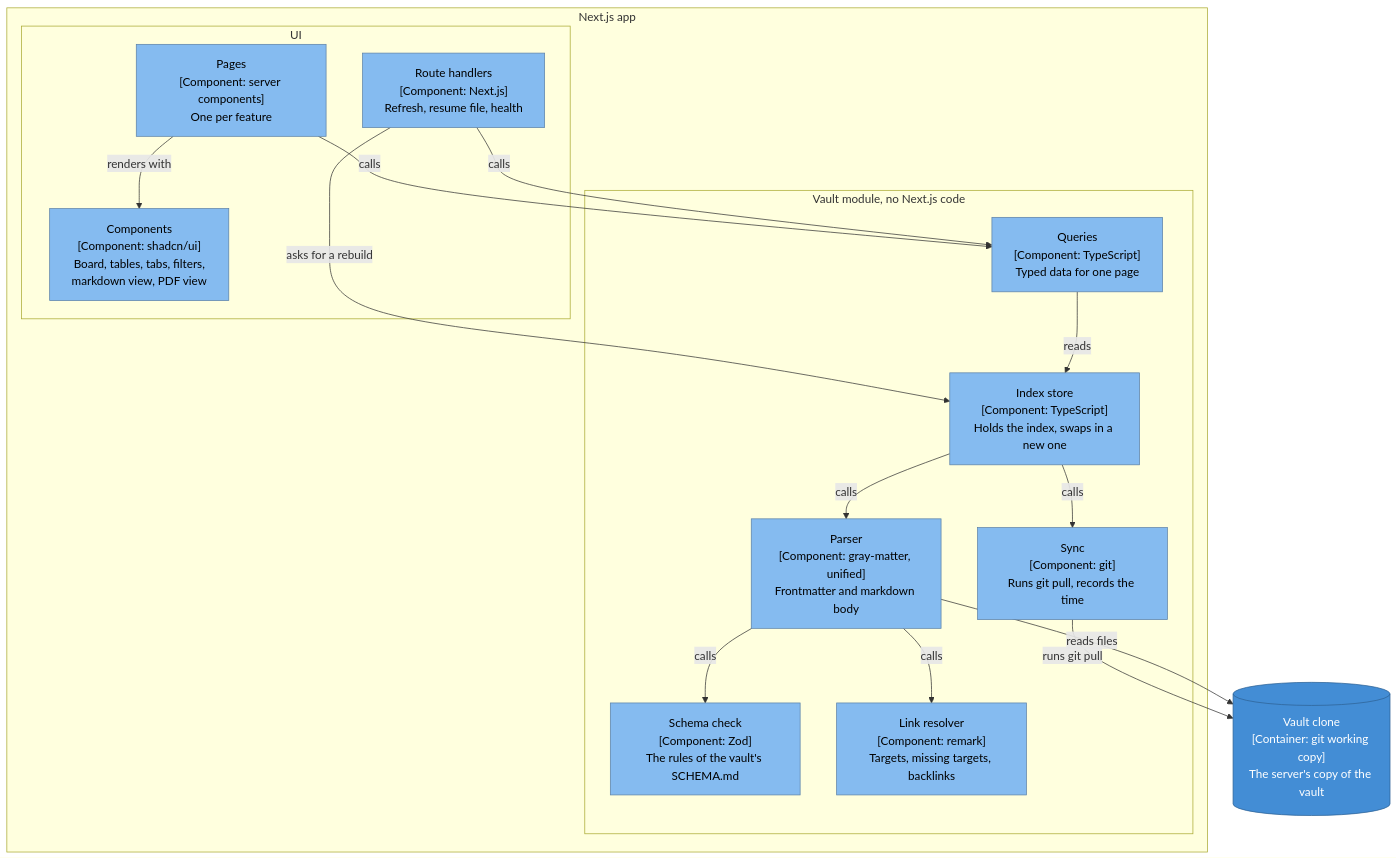
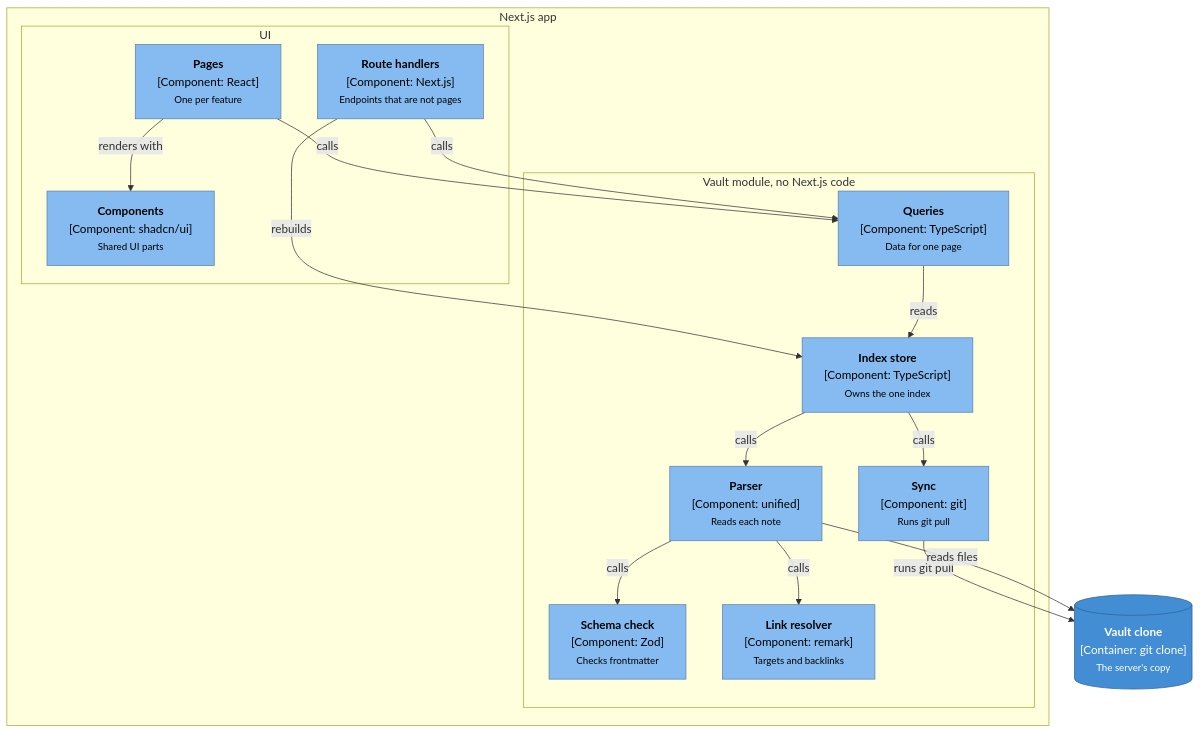
The first of 4 diagrams in docs/architecture/components.md (lyeyixian/job-search-app), drawn with Mermaid before and after one commit. The commit also changed 4 other files, not shown here.

First line of the commit message:
Shorten diagram labels and set line limits in the templates

````diff
--- a/docs/architecture/components.md
+++ b/docs/architecture/components.md
@@ -9,39 +9,39 @@
 ```mermaid
 flowchart TB
     subgraph next["Next.js app"]
         subgraph ui["UI"]
-            pages["Pages<br/>[Component: server components]<br/>One per feature"]:::component
-            comps["Components<br/>[Component: shadcn/ui]<br/>Board, tables, tabs, filters,<br/>markdown view, PDF view"]:::component
-            routes["Route handlers<br/>[Component: Next.js]<br/>Refresh, resume file, health"]:::component
+            pages["<b>Pages</b><br/>[Component: React]<br/><small>One per feature</small>"]:::component
+            comps["<b>Components</b><br/>[Component: shadcn/ui]<br/><small>Shared UI parts</small>"]:::component
+            routes["<b>Route handlers</b><br/>[Component: Next.js]<br/><small>Endpoints that are not pages</small>"]:::component
         end
         subgraph vaultmod["Vault module, no Next.js code"]
-            queries["Queries<br/>[Component: TypeScript]<br/>Typed data for one page"]:::component
-            store["Index store<br/>[Component: TypeScript]<br/>Holds the index, swaps in a new one"]:::component
-            sync["Sync<br/>[Component: git]<br/>Runs git pull, records the time"]:::component
-            parser["Parser<br/>[Component: gray-matter, unified]<br/>Frontmatter and markdown body"]:::component
-            schema["Schema check<br/>[Component: Zod]<br/>The rules of the vault's SCHEMA.md"]:::component
-            links["Link resolver<br/>[Component: remark]<br/>Targets, missing targets, backlinks"]:::component
+            queries["<b>Queries</b><br/>[Component: TypeScript]<br/><small>Data for one page</small>"]:::component
+            store["<b>Index store</b><br/>[Component: TypeScript]<br/><small>Owns the one index</small>"]:::component
+            sync["<b>Sync</b><br/>[Component: git]<br/><small>Runs git pull</small>"]:::component
+            parser["<b>Parser</b><br/>[Component: unified]<br/><small>Reads each note</small>"]:::component
+            schema["<b>Schema check</b><br/>[Component: Zod]<br/><small>Checks frontmatter</small>"]:::component
+            links["<b>Link resolver</b><br/>[Component: remark]<br/><small>Targets and backlinks</small>"]:::component
         end
     end
 
-    clone[("Vault clone<br/>[Container: git working copy]<br/>The server's copy of the vault")]:::store
+    clone[("<b>Vault clone</b><br/>[Container: git clone]<br/><small>The server's copy</small>")]:::store
 
     pages -- "renders with" --> comps
     pages -- "calls" --> queries
     routes -- "calls" --> queries
-    routes -- "asks for a rebuild" --> store
+    routes -- "rebuilds" --> store
     queries -- "reads" --> store
     store -- "calls" --> sync
     store -- "calls" --> parser
     parser -- "calls" --> schema
     parser -- "calls" --> links
     sync -- "runs git pull" --> clone
     parser -- "reads files" --> clone
 
     classDef person fill:#08427b,stroke:#052e56,color:#ffffff
     classDef system fill:#1168bd,stroke:#0b4884,color:#ffffff
     classDef container fill:#438dd5,stroke:#2e6295,color:#ffffff
     classDef component fill:#85bbf0,stroke:#5d82a8,color:#000000
     classDef store fill:#438dd5,stroke:#2e6295,color:#ffffff
     classDef external fill:#999999,stroke:#6b6b6b,color:#ffffff
 ```
````
